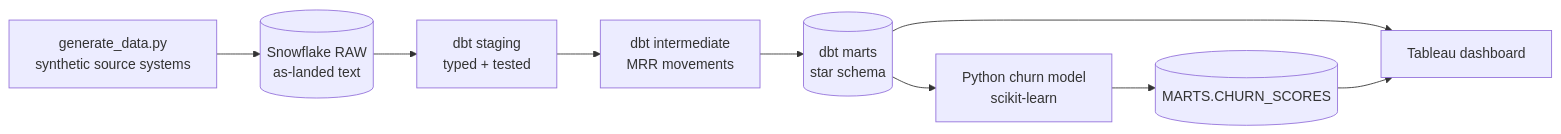
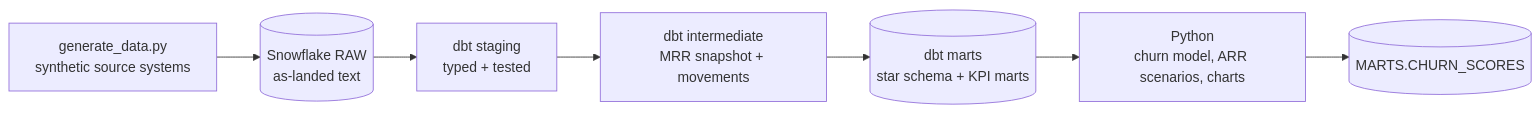
The diagram in README.md (ogagarutherford/saas-revenue-intelligence), drawn with Mermaid before and after one commit. The commit also changed other lines of this file and 15 other files, not shown here.

Commit message:
feat: churn model, ARR scenarios, charts and final README - Project 1 complete

````diff
--- a/README.md
+++ b/README.md
@@ -26,11 +61,9 @@
 ```mermaid
 flowchart LR
     A[generate_data.py<br/>synthetic source systems] --> B[(Snowflake RAW<br/>as-landed text)]
     B --> C[dbt staging<br/>typed + tested]
-    C --> D[dbt intermediate<br/>MRR movements]
-    D --> E[(dbt marts<br/>star schema)]
-    E --> F[Tableau dashboard]
-    E --> G[Python churn model<br/>scikit-learn]
-    G --> H[(MARTS.CHURN_SCORES)]
-    H --> F
+    C --> D[dbt intermediate<br/>MRR snapshot + movements]
+    D --> E[(dbt marts<br/>star schema + KPI marts)]
+    E --> F[Python<br/>churn model, ARR scenarios, charts]
+    F --> G[(MARTS.CHURN_SCORES)]
 ```
````
